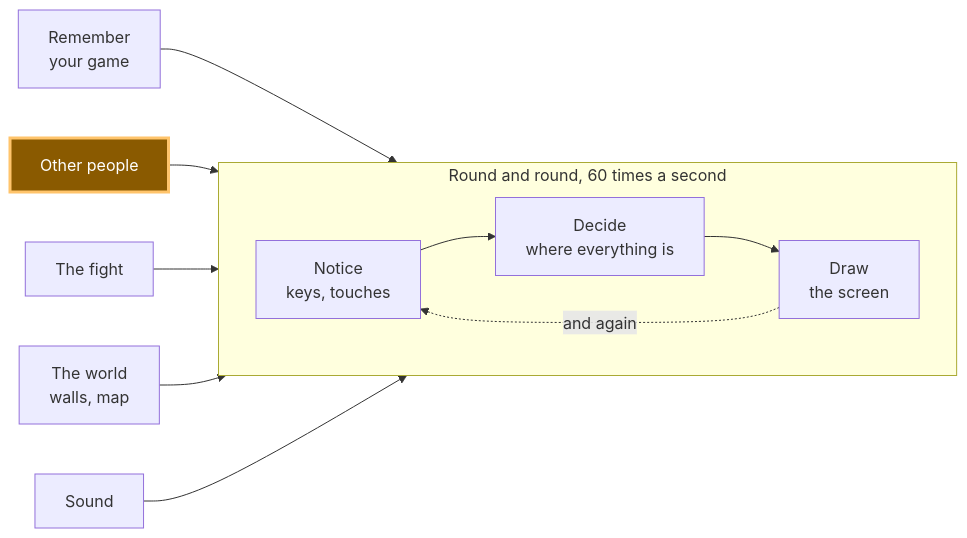
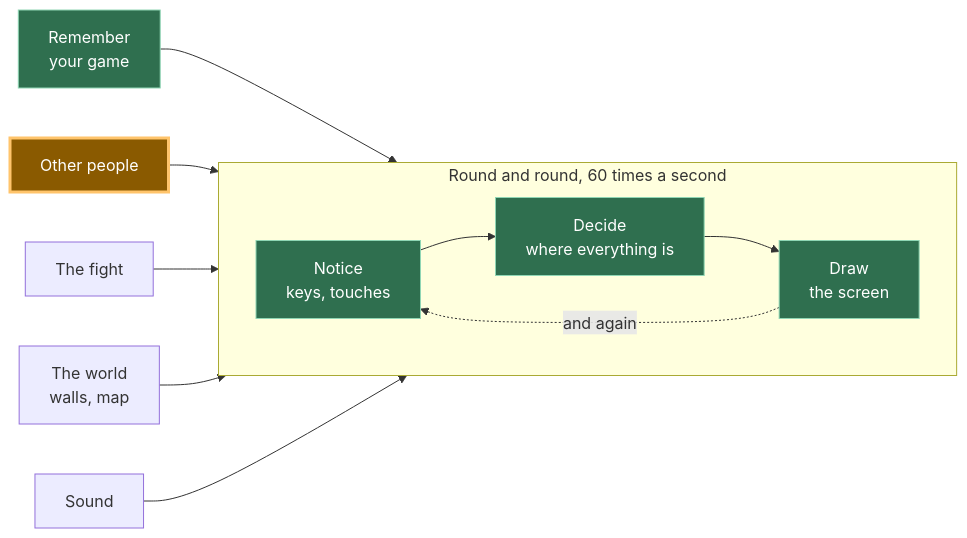
Before and after one commit to KakkoiDev/izumo-io: the diagram in content/ai/a12.ja.md, drawn with Mermaid. The commit also changed other lines of this file and 35 other files, not shown here.

Commit message:
Mark earlier-completed modules green on the A11-A22 diagrams, and fix the stale A11 PT prompt block plus code markup in three translations

````diff
--- a/content/ai/a12.ja.md
+++ b/content/ai/a12.ja.md
@@ -17,17 +17,19 @@
 ```mermaid
 flowchart LR
     subgraph loop["Round and round, 60 times a second"]
         direction LR
         N["Notice<br/>keys, touches"] --> D["Decide<br/>where everything is"] --> R["Draw<br/>the screen"]
     end
     R -. "and again" .-> N
 
     S["Remember<br/>your game"] --> D
     O["Other people"] --> D
     F["The fight"] --> D
     W["The world<br/>walls, map"] --> R
     A["Sound"] --> R
 
     classDef now fill:#8a5a00,stroke:#ffc46b,color:#fff,stroke-width:3px
+    classDef done fill:#2f6f4f,stroke:#8fd6b4,color:#fff
+    class N,D,R,S done
     class O now
 ```
````
